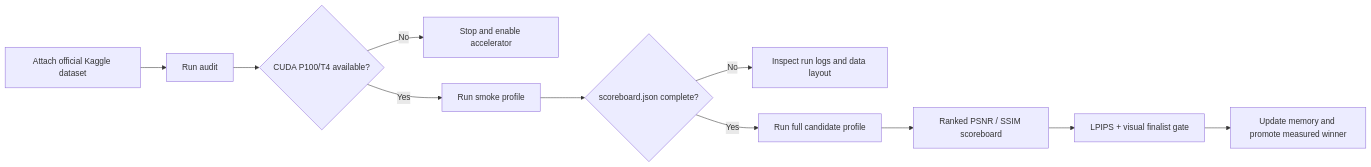
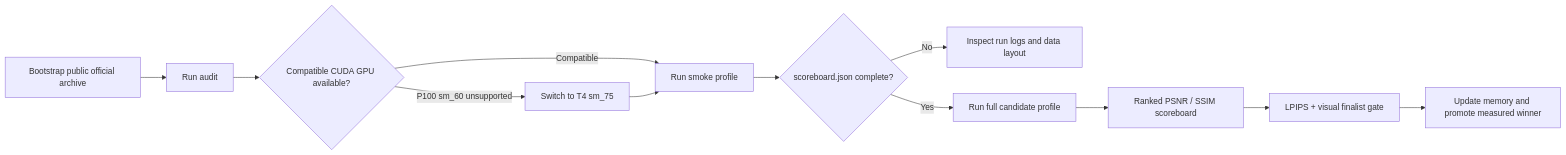
The second of 2 diagrams in docs/request-flow.md (vtghub/image-restoration), drawn with Mermaid before and after one commit. The commit also changed 3 other files, not shown here.

Commit message:
docs: record Kaggle T4 smoke gate

````diff
--- a/docs/request-flow.md
+++ b/docs/request-flow.md
@@ -50,13 +50,14 @@
 ```mermaid
 flowchart LR
-    A[Attach official Kaggle dataset] --> B[Run audit]
-    B --> C{CUDA P100/T4 available?}
-    C -- No --> D[Stop and enable accelerator]
-    C -- Yes --> E[Run smoke profile]
+    A[Bootstrap public official archive] --> B[Run audit]
+    B --> C{Compatible CUDA GPU available?}
+    C -- P100 sm_60 unsupported --> D[Switch to T4 sm_75]
+    C -- Compatible --> E[Run smoke profile]
+    D --> E
     E --> F{scoreboard.json complete?}
     F -- No --> G[Inspect run logs and data layout]
     F -- Yes --> H[Run full candidate profile]
     H --> I[Ranked PSNR / SSIM scoreboard]
     I --> J[LPIPS + visual finalist gate]
     J --> K[Update memory and promote measured winner]
 ```
````
